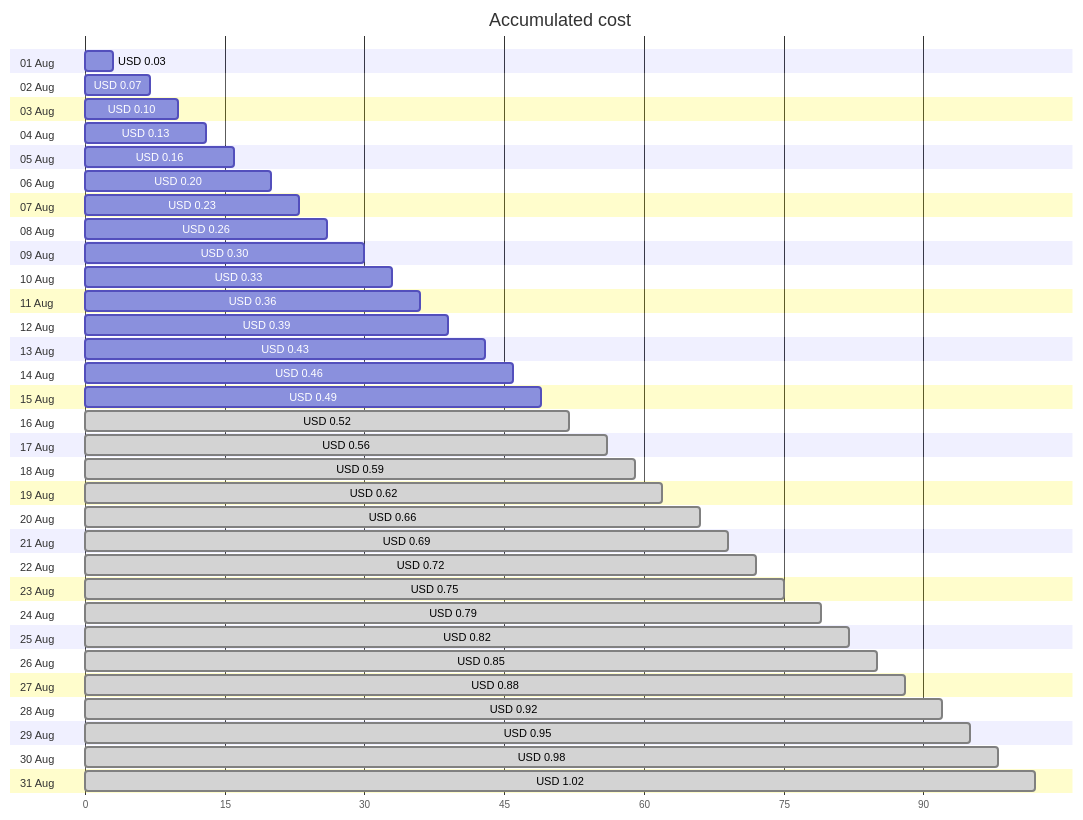
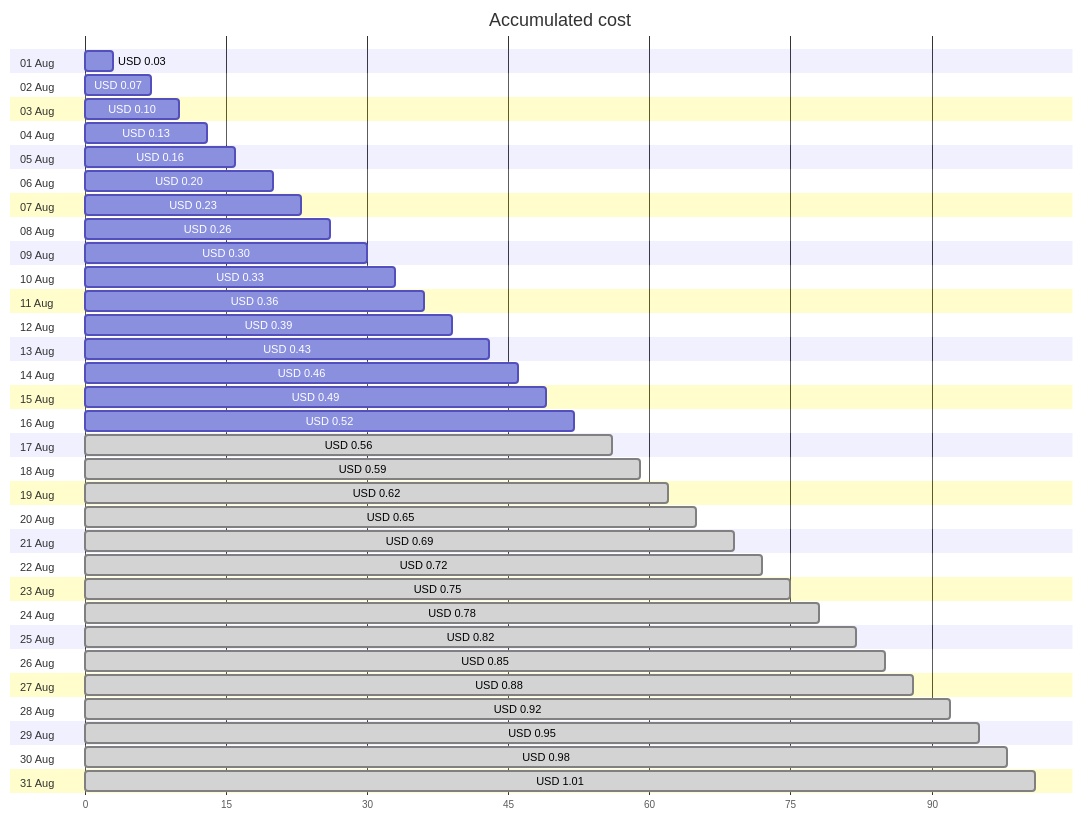
The first of 4 diagrams in cost-reports/personal-dns/README.md (jpfulton/azure-personal-reports), drawn with Mermaid before and after one commit. The commit also changed other lines of this file and 2 other files, not shown here.

````diff
--- a/cost-reports/personal-dns/README.md
+++ b/cost-reports/personal-dns/README.md
@@ -20,68 +20,68 @@
 ```mermaid
 gantt
    title Accumulated cost
    dateFormat  X
    axisFormat %s
    section 01 Aug
    USD 0.03 :0, 3
    section 02 Aug
    USD 0.07 :0, 7
    section 03 Aug
    USD 0.10 :0, 10
    section 04 Aug
    USD 0.13 :0, 13
    section 05 Aug
    USD 0.16 :0, 16
    section 06 Aug
    USD 0.20 :0, 20
    section 07 Aug
    USD 0.23 :0, 23
    section 08 Aug
    USD 0.26 :0, 26
    section 09 Aug
    USD 0.30 :0, 30
    section 10 Aug
    USD 0.33 :0, 33
    section 11 Aug
    USD 0.36 :0, 36
    section 12 Aug
    USD 0.39 :0, 39
    section 13 Aug
    USD 0.43 :0, 43
    section 14 Aug
    USD 0.46 :0, 46
    section 15 Aug
    USD 0.49 :0, 49
    section 16 Aug
-   USD 0.52 : done, 0, 52
+   USD 0.52 :0, 52
    section 17 Aug
    USD 0.56 : done, 0, 56
    section 18 Aug
    USD 0.59 : done, 0, 59
    section 19 Aug
    USD 0.62 : done, 0, 62
    section 20 Aug
-   USD 0.66 : done, 0, 66
+   USD 0.65 : done, 0, 65
    section 21 Aug
    USD 0.69 : done, 0, 69
    section 22 Aug
    USD 0.72 : done, 0, 72
    section 23 Aug
    USD 0.75 : done, 0, 75
    section 24 Aug
-   USD 0.79 : done, 0, 79
+   USD 0.78 : done, 0, 78
    section 25 Aug
    USD 0.82 : done, 0, 82
    section 26 Aug
    USD 0.85 : done, 0, 85
    section 27 Aug
    USD 0.88 : done, 0, 88
    section 28 Aug
    USD 0.92 : done, 0, 92
    section 29 Aug
    USD 0.95 : done, 0, 95
    section 30 Aug
    USD 0.98 : done, 0, 98
    section 31 Aug
-   USD 1.02 : done, 0, 102
+   USD 1.01 : done, 0, 101
 ```
````
